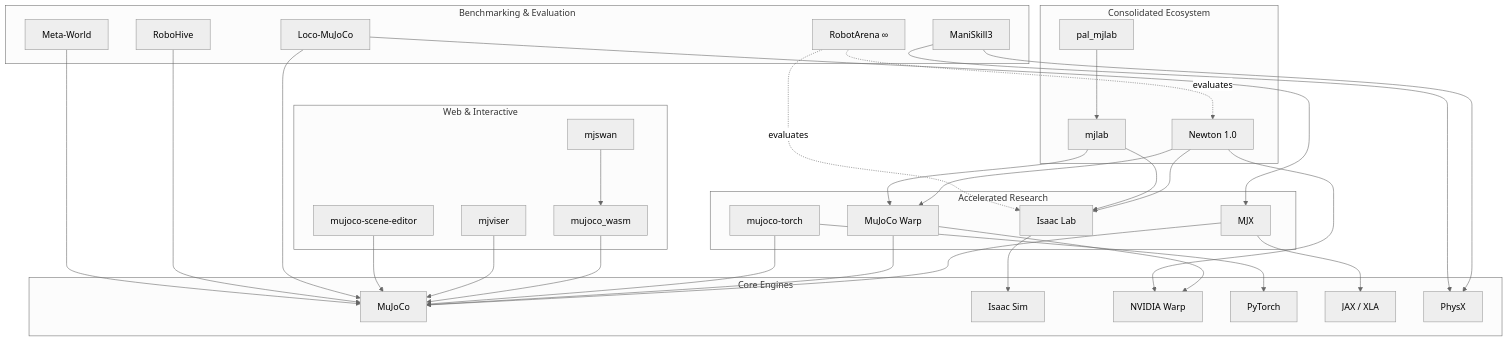
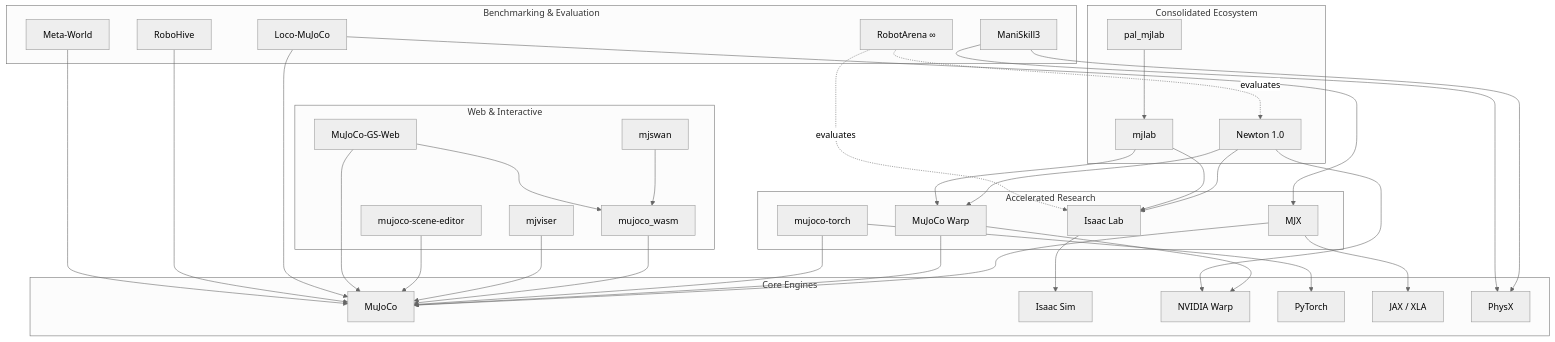
The diagram in README.md (robomotic/sim-benchmarks), drawn with Mermaid (neutral theme) before and after one commit. The commit also changed other lines of this file, not shown here.

Commit message:
Added mujoco GS web

````diff
--- a/README.md
+++ b/README.md
@@ -126,68 +132,71 @@
 ```mermaid
 graph TD
     subgraph Core_Engines [Core Engines]
         MuJoCo[MuJoCo]
         IsaacSim[Isaac Sim]
         Warp[NVIDIA Warp]
         PyTorch[PyTorch]
         JAX[JAX / XLA]
         PhysX[PhysX]
     end
 
     subgraph Accelerated_Research [Accelerated Research]
         MJX[MJX] 
         MJWarp[MuJoCo Warp]
         IsaacLab[Isaac Lab]
         MJTorch[mujoco-torch]
     end
 
     subgraph Consolidated_Ecosystem [Consolidated Ecosystem]
         Newton[Newton 1.0]
         mjlab[mjlab]
         pal_mjlab[pal_mjlab]
     end
 
     subgraph Web_Interactive [Web & Interactive]
         mjwasm[mujoco_wasm]
         mjswan[mjswan]
         mjviser[mjviser]
         mjscene[mujoco-scene-editor]
+        mjgs[MuJoCo-GS-Web]
     end
 
     subgraph Evaluation_Suites [Benchmarking & Evaluation]
         RobotArena[RobotArena ∞]
         LocoMuJoCo[Loco-MuJoCo]
         ManiSkill[ManiSkill3]
         RoboHive[RoboHive]
         MetaWorld[Meta-World]
     end
 
     %% Dependencies
     MJX --> MuJoCo
     MJX --> JAX
     MJWarp --> MuJoCo
     MJWarp --> Warp
     MJTorch --> MuJoCo
     MJTorch --> PyTorch
     IsaacLab --> IsaacSim
     Newton --> MJWarp
     Newton --> IsaacLab
     Newton --> Warp
     mjlab --> IsaacLab
     mjlab --> MJWarp
     pal_mjlab --> mjlab
     mjwasm --> MuJoCo
     mjswan --> mjwasm
     mjviser --> MuJoCo
     mjscene --> MuJoCo
+    mjgs --> mjwasm
+    mjgs --> MuJoCo
     
     %% Evaluation Mappings
     RobotArena -. evaluates .-> Newton
     RobotArena -. evaluates .-> IsaacLab
     LocoMuJoCo --> MuJoCo
     LocoMuJoCo --> MJX
     ManiSkill --> PhysX
     ManiSkill --> PhysX
     RoboHive --> MuJoCo
     MetaWorld --> MuJoCo
 ```
````
